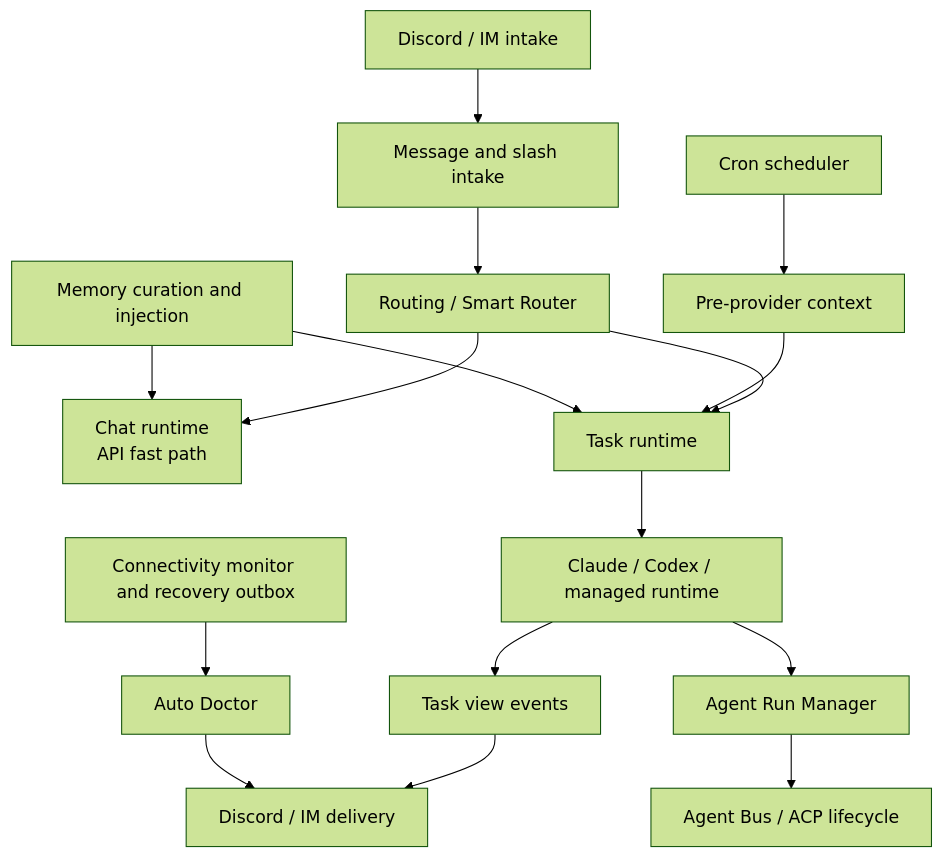
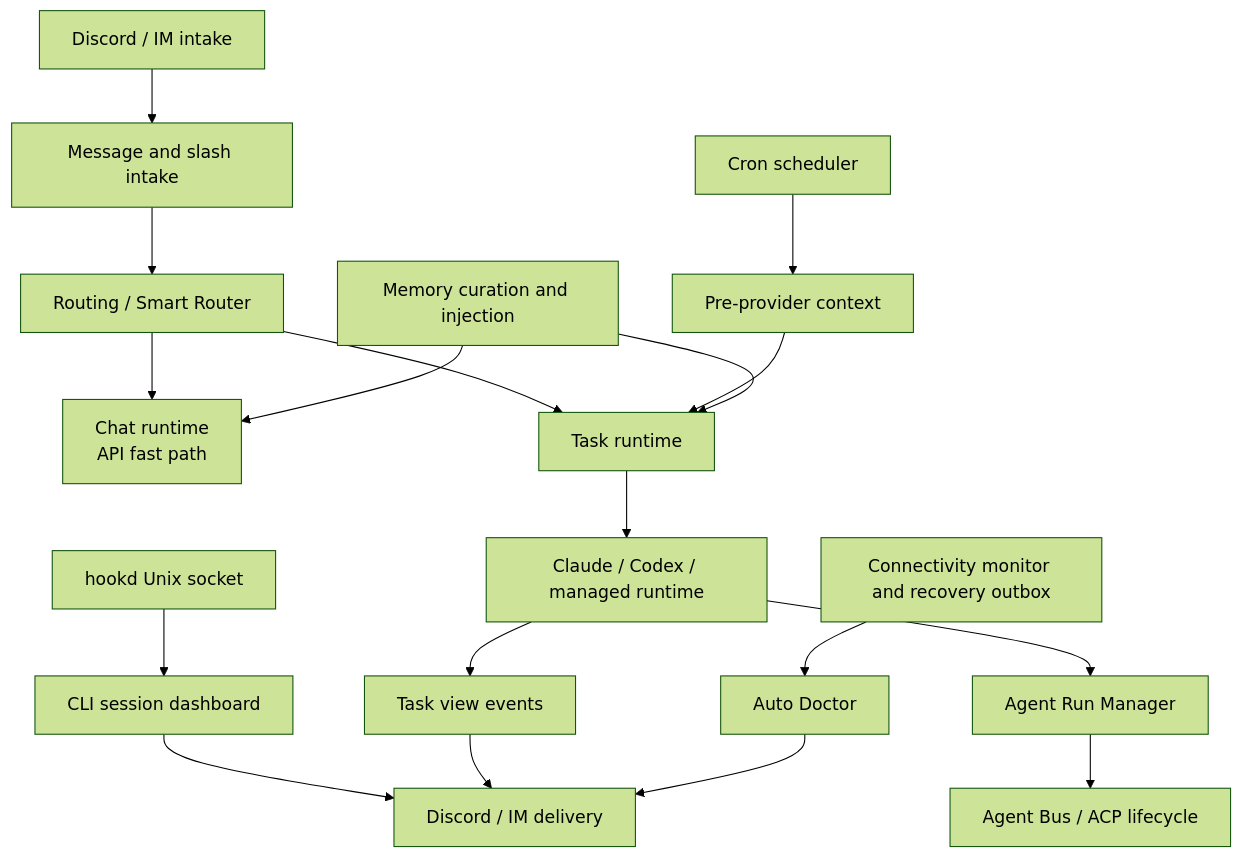
The first of 3 diagrams in docs/runtime/README.md (yuanyunfan/miniclaw), drawn with Mermaid (forest theme) before and after one commit. The commit also changed other lines of this file and 39 other files, not shown here.

Commit message:
feat: add hookd CLI session dashboard

````diff
--- a/docs/runtime/README.md
+++ b/docs/runtime/README.md
@@ -7,18 +7,20 @@
 ```mermaid
 flowchart TD
   Discord[Discord / IM intake] --> Intake[Message and slash intake]
   Intake --> Router[Routing / Smart Router]
   Router --> Chat[Chat runtime<br/>API fast path]
   Router --> Task[Task runtime]
+  Hookd[hookd Unix socket] --> Sessions[CLI session dashboard]
+  Sessions --> Delivery
   Cron[Cron scheduler] --> ProviderContext[Pre-provider context]
   ProviderContext --> Task
   Task --> AgentRuntime[Claude / Codex / managed runtime]
   AgentRuntime --> TaskEvents[Task view events]
   TaskEvents --> Delivery[Discord / IM delivery]
   Memory[Memory curation and injection] --> Chat
   Memory --> Task
   Connectivity[Connectivity monitor and recovery outbox] --> Ops[Auto Doctor]
   Ops --> Delivery
   AgentRuntime --> Manager[Agent Run Manager]
   Manager --> AgentBus[Agent Bus / ACP lifecycle]
 ```
````
